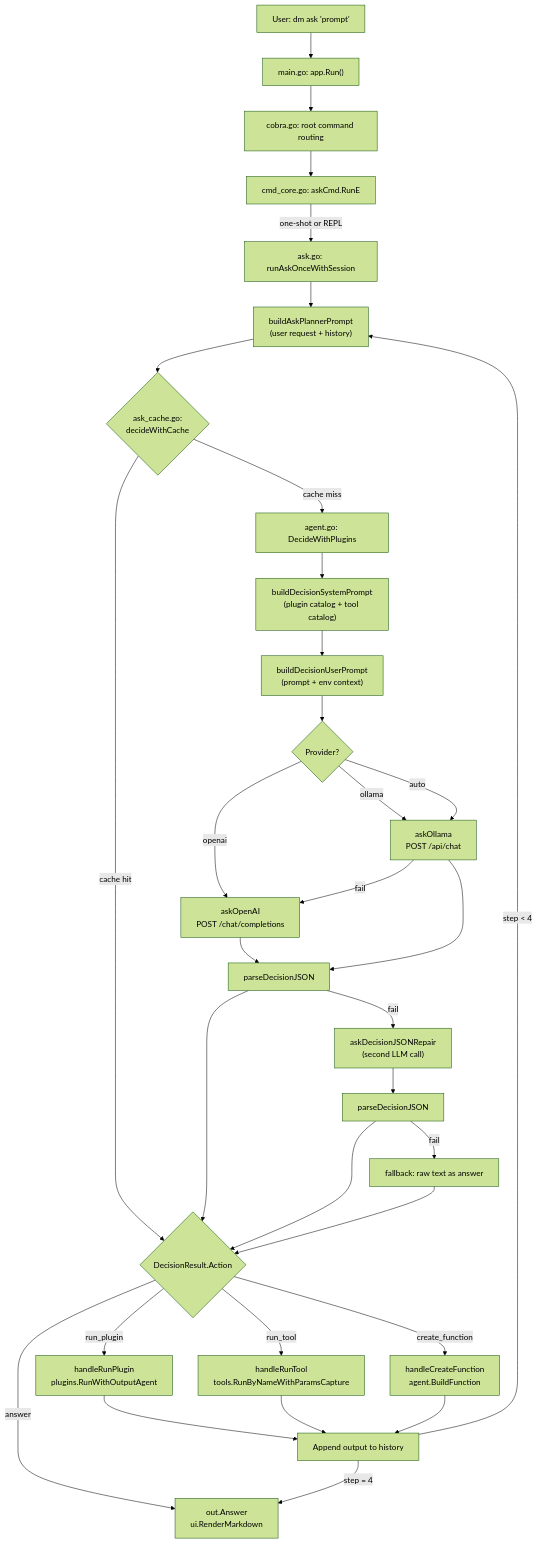
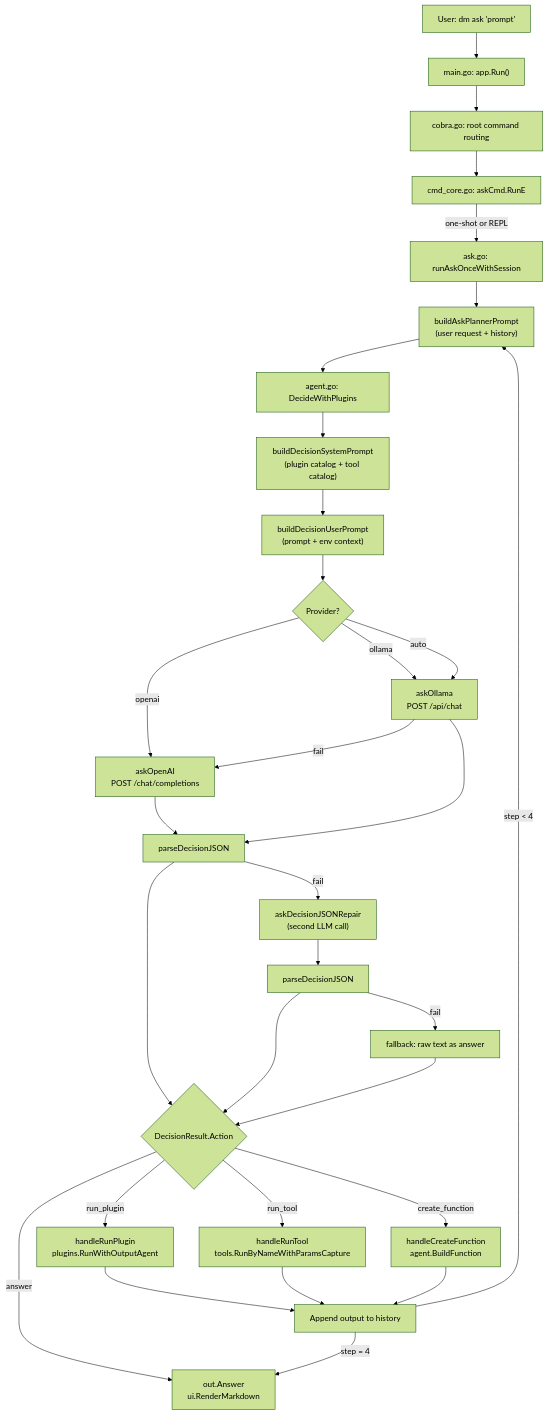
Before and after one commit to trodem/dm_cli: the diagram in docs/codebase.md, drawn with Mermaid (forest theme). The commit also changed other lines of this file, not shown here.

Commit message:
Update codebase docs for ask flow changes

````diff
--- a/docs/codebase.md
+++ b/docs/codebase.md
@@ -106,43 +105,41 @@
 ```mermaid
 flowchart TD
     User["User: dm ask 'prompt'"] --> Main["main.go: app.Run()"]
     Main --> Cobra["cobra.go: root command routing"]
     Cobra --> AskCmd["cmd_core.go: askCmd.RunE"]
     AskCmd -->|one-shot or REPL| AskLoop["ask.go: runAskOnceWithSession"]
 
     AskLoop --> BuildPrompt["buildAskPlannerPrompt\n(user request + history)"]
-    BuildPrompt --> Cache{"ask_cache.go:\ndecideWithCache"}
-    Cache -->|cache hit| Dispatch
-    Cache -->|cache miss| LLM
+    BuildPrompt --> LLM
 
     LLM["agent.go: DecideWithPlugins"]
     LLM --> SysPrompt["buildDecisionSystemPrompt\n(plugin catalog + tool catalog)"]
     SysPrompt --> UserPrompt["buildDecisionUserPrompt\n(prompt + env context)"]
     UserPrompt --> Provider{"Provider?"}
     Provider -->|openai| OpenAI["askOpenAI\nPOST /chat/completions"]
     Provider -->|ollama| Ollama["askOllama\nPOST /api/chat"]
     Provider -->|auto| Ollama
     Ollama -->|fail| OpenAI
 
     OpenAI --> ParseJSON["parseDecisionJSON"]
     Ollama --> ParseJSON
     ParseJSON -->|fail| Repair["askDecisionJSONRepair\n(second LLM call)"]
     Repair --> ParseJSON2["parseDecisionJSON"]
     ParseJSON2 -->|fail| FallbackAnswer["fallback: raw text as answer"]
 
     ParseJSON --> Dispatch
     ParseJSON2 --> Dispatch
     FallbackAnswer --> Dispatch
 
     Dispatch{"DecisionResult.Action"}
     Dispatch -->|answer| Render["out.Answer\nui.RenderMarkdown"]
     Dispatch -->|run_plugin| Plugin["handleRunPlugin\nplugins.RunWithOutputAgent"]
     Dispatch -->|run_tool| Tool["handleRunTool\ntools.RunByNameWithParamsCapture"]
     Dispatch -->|create_function| Builder["handleCreateFunction\nagent.BuildFunction"]
 
     Plugin --> History["Append output to history"]
     Tool --> History
     Builder --> History
     History -->|step < 4| BuildPrompt
     History -->|step = 4| Render
 ```
````
